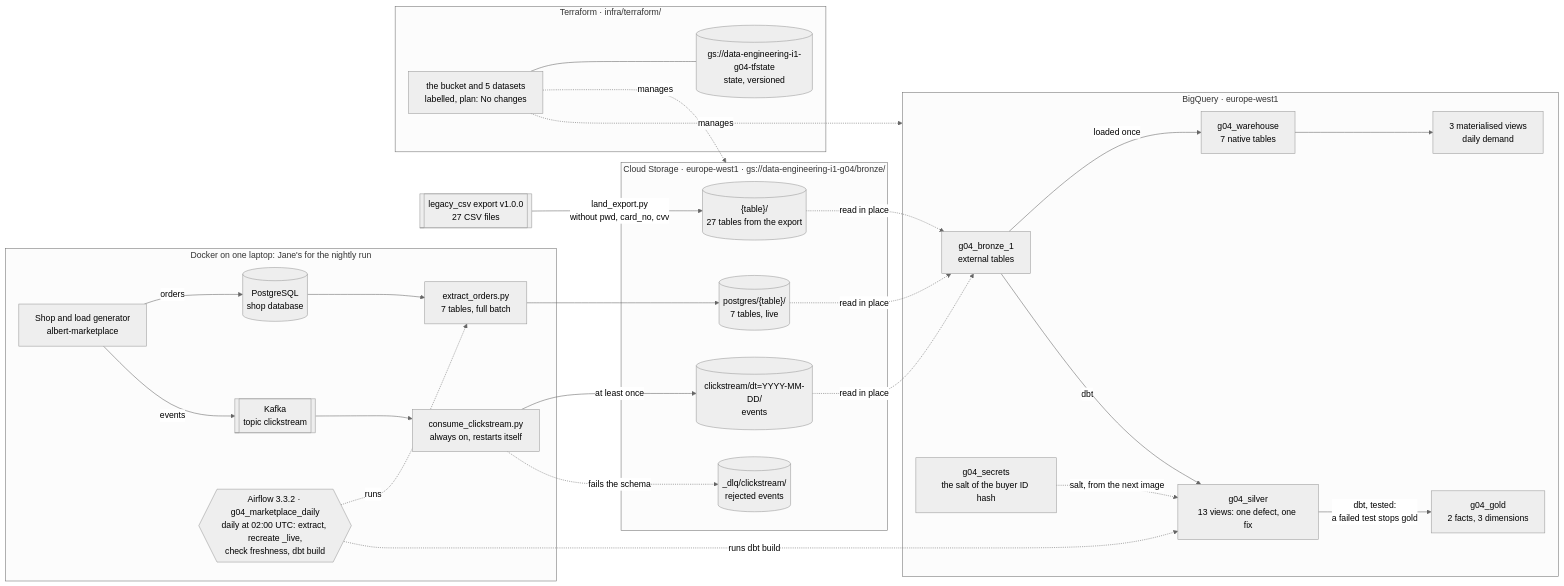
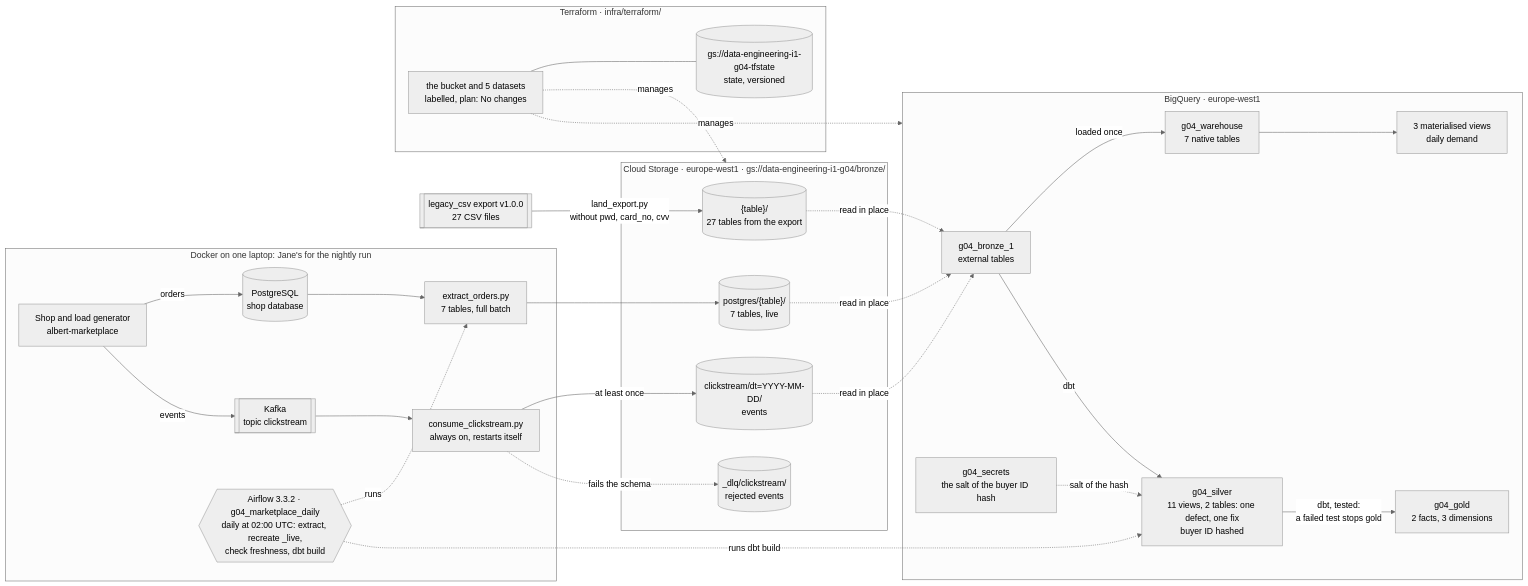
Before and after one commit to tluder-dot/DataEnGroup4: the second of 2 diagrams in docs/architecture.md, drawn with Mermaid (neutral theme). The commit also changed other lines of this file, not shown here.

First line of the commit message:
Show the buyer ID hash as deployed on the architecture page

````diff
--- a/docs/architecture.md
+++ b/docs/architecture.md
@@ -62,57 +62,57 @@
 ```mermaid
 flowchart LR
   export[["legacy_csv export v1.0.0<br/>27 CSV files"]]
 
   subgraph laptop["Docker on one laptop: Jane's for the nightly run"]
     shop["Shop and load generator<br/>albert-marketplace"]
     pg[("PostgreSQL<br/>shop database")]
     kafka[["Kafka<br/>topic clickstream"]]
     extractor["extract_orders.py<br/>7 tables, full batch"]
     consumer["consume_clickstream.py<br/>always on, restarts itself"]
     dag{{"Airflow 3.3.2 · g04_marketplace_daily<br/>daily at 02:00 UTC: extract, recreate _live,<br/>check freshness, dbt build"}}
   end
 
   subgraph gcs["Cloud Storage · europe-west1 · gs://data-engineering-i1-g04/bronze/"]
     landed[("{table}/<br/>27 tables from the export")]
     live[("postgres/{table}/<br/>7 tables, live")]
     stream[("clickstream/dt=YYYY-MM-DD/<br/>events")]
     dlq[("_dlq/clickstream/<br/>rejected events")]
   end
 
   subgraph bq["BigQuery · europe-west1"]
     ext["g04_bronze_1<br/>external tables"]
     wh["g04_warehouse<br/>7 native tables"]
     mv["3 materialised views<br/>daily demand"]
-    silver["g04_silver<br/>13 views: one defect, one fix"]
+    silver["g04_silver<br/>11 views, 2 tables: one defect, one fix<br/>buyer ID hashed"]
     gold["g04_gold<br/>2 facts, 3 dimensions"]
     secrets["g04_secrets<br/>the salt of the buyer ID hash"]
   end
 
   export -- "land_export.py<br/>without pwd, card_no, cvv" --> landed
   shop -- "orders" --> pg
   shop -- "events" --> kafka
   pg --> extractor
   extractor --> live
   kafka --> consumer
   consumer -- "at least once" --> stream
   consumer -.->|fails the schema| dlq
   dag -.->|runs| extractor
   landed -.->|read in place| ext
   live -.->|read in place| ext
   stream -.->|read in place| ext
   ext -- "loaded once" --> wh
   wh --> mv
   ext -- "dbt" --> silver
   silver -- "dbt, tested:<br/>a failed test stops gold" --> gold
   dag -.->|"runs dbt build"| silver
-  secrets -.->|"salt, from the next image"| silver
+  secrets -.->|"salt of the hash"| silver
 
   subgraph iac["Terraform · infra/terraform/"]
     tf["the bucket and 5 datasets<br/>labelled, plan: No changes"]
     state[("gs://data-engineering-i1-g04-tfstate<br/>state, versioned")]
   end
 
   tf -.->|manages| gcs
   tf -.->|manages| bq
   tf --- state
 ```
````
